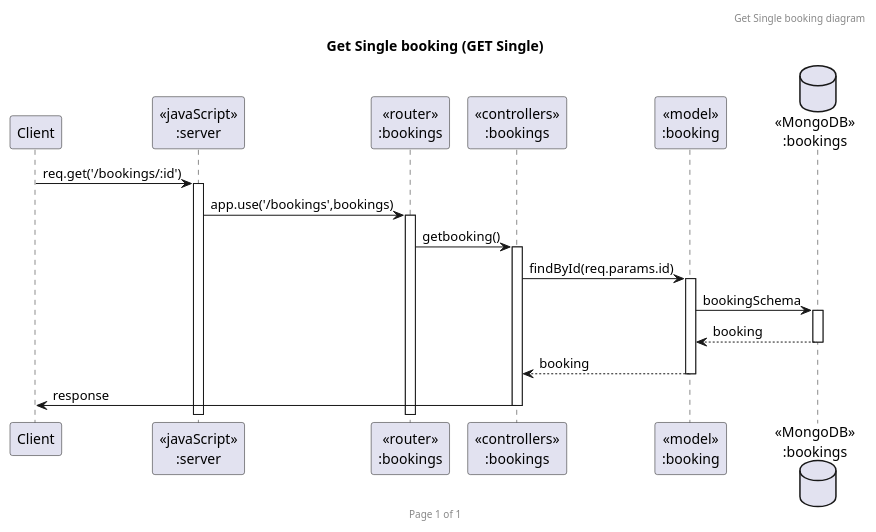
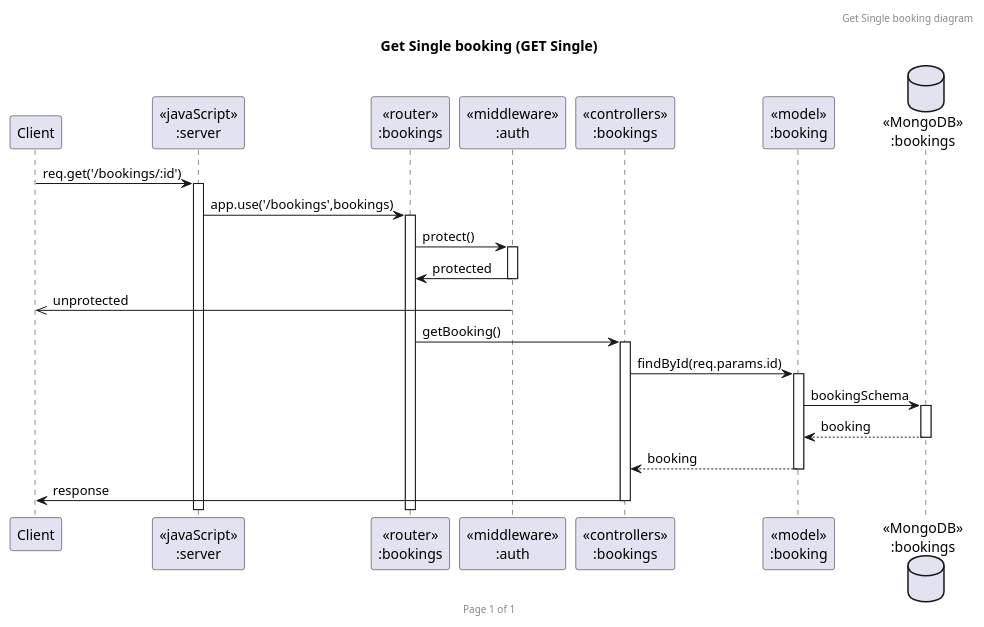
One commit to 2110503TACEDT66/presentation-day-1-samrongsquad changed the diagram in Puml/getSingleBooking.puml. Above: the diagram before and after it, drawn with PlantUML. The commit also changed 9 other files, not shown here.

```diff
--- a/Puml/getSingleBooking.puml
+++ b/Puml/getSingleBooking.puml
@@ -1,23 +1,27 @@
 @startuml Get Single booking (GET Single)
 
 header Get Single booking diagram
 footer Page %page% of %lastpage%
 title "Get Single booking (GET Single)"
 
 participant "Client" as client
 participant "<<javaScript>>\n:server" as server
 participant "<<router>>\n:bookings" as routerbookings
+participant "<<middleware>>\n:auth" as middlewareAuth
 participant "<<controllers>>\n:bookings" as controllersbookings
 participant "<<model>>\n:booking" as modelbooking
 database "<<MongoDB>>\n:bookings" as bookingsDatabase
 
 client->server ++:req.get('/bookings/:id')
 server->routerbookings ++:app.use('/bookings',bookings)
-routerbookings -> controllersbookings ++:getbooking()
+routerbookings->middlewareAuth ++: protect()
+middlewareAuth->routerbookings --: protected
+middlewareAuth ->> client --: unprotected
+routerbookings -> controllersbookings ++:getBooking()
 controllersbookings->modelbooking ++:findById(req.params.id)
 modelbooking ->bookingsDatabase ++: bookingSchema
 bookingsDatabase --> modelbooking --: booking
 controllersbookings <-- modelbooking --:booking
 controllersbookings->client --:response
 
 @enduml
```
